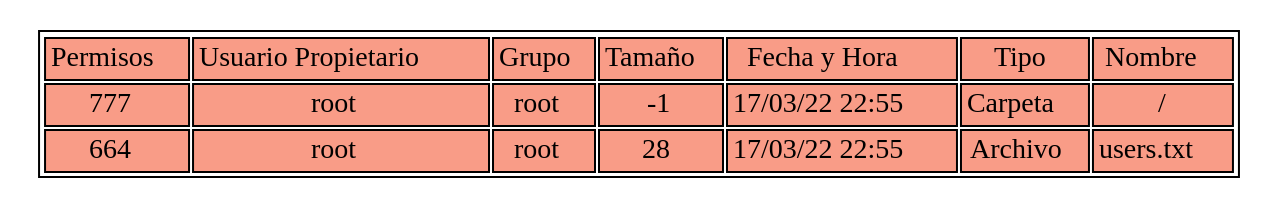
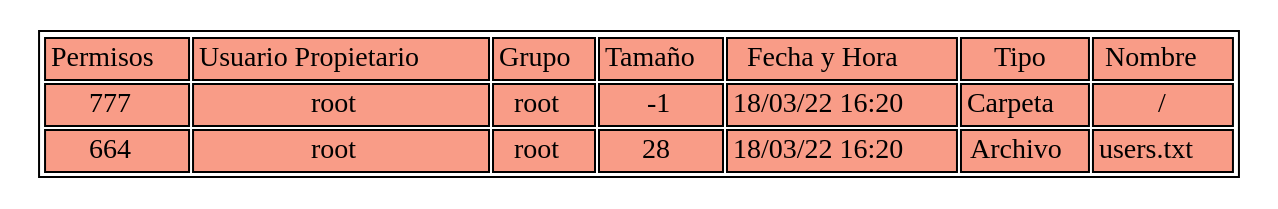
Before and after one commit to 2730538920101/P1_MIA_201709282: the diagram in Ls_report.dot, drawn with Graphviz. The commit also changed 7 other files, not shown here.

```diff
--- a/Ls_report.dot
+++ b/Ls_report.dot
@@ -1,33 +1,33 @@
 digraph d{
 i_3[ shape=plaintext label=<
 <table>
 <tr>
 <td bgcolor="#f99c87">Permisos</td>
 <td bgcolor="#f99c87">Usuario Propietario</td>
 <td bgcolor="#f99c87">Grupo</td>
 <td bgcolor="#f99c87">Tamaño</td>
 <td bgcolor="#f99c87">Fecha y Hora</td>
 <td bgcolor="#f99c87">Tipo</td>
 <td bgcolor="#f99c87">Nombre</td>
 </tr>
 <tr>
 <td bgcolor="#f99c87">777</td>
 <td bgcolor="#f99c87">root</td>
 <td bgcolor="#f99c87">root</td>
 <td bgcolor="#f99c87">-1</td>
-<td bgcolor="#f99c87">17/03/22 22:55</td>
+<td bgcolor="#f99c87">18/03/22 16:20</td>
 <td bgcolor="#f99c87">Carpeta</td>
 <td bgcolor="#f99c87">/</td>
 </tr>
 <tr>
 <td bgcolor="#f99c87">664</td>
 <td bgcolor="#f99c87">root</td>
 <td bgcolor="#f99c87">root</td>
 <td bgcolor="#f99c87">28</td>
-<td bgcolor="#f99c87">17/03/22 22:55</td>
+<td bgcolor="#f99c87">18/03/22 16:20</td>
 <td bgcolor="#f99c87">Archivo</td>
 <td bgcolor="#f99c87">users.txt</td>
 </tr>
 </table>
 >];
 }
```
